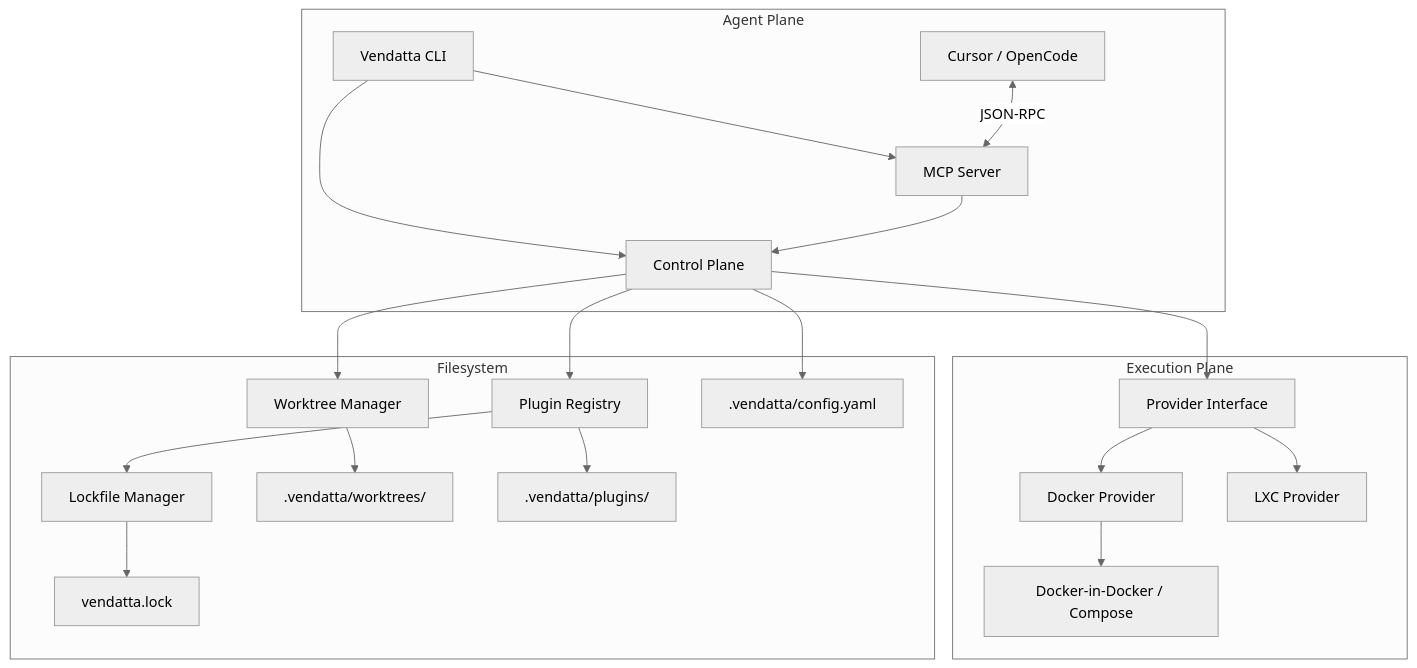
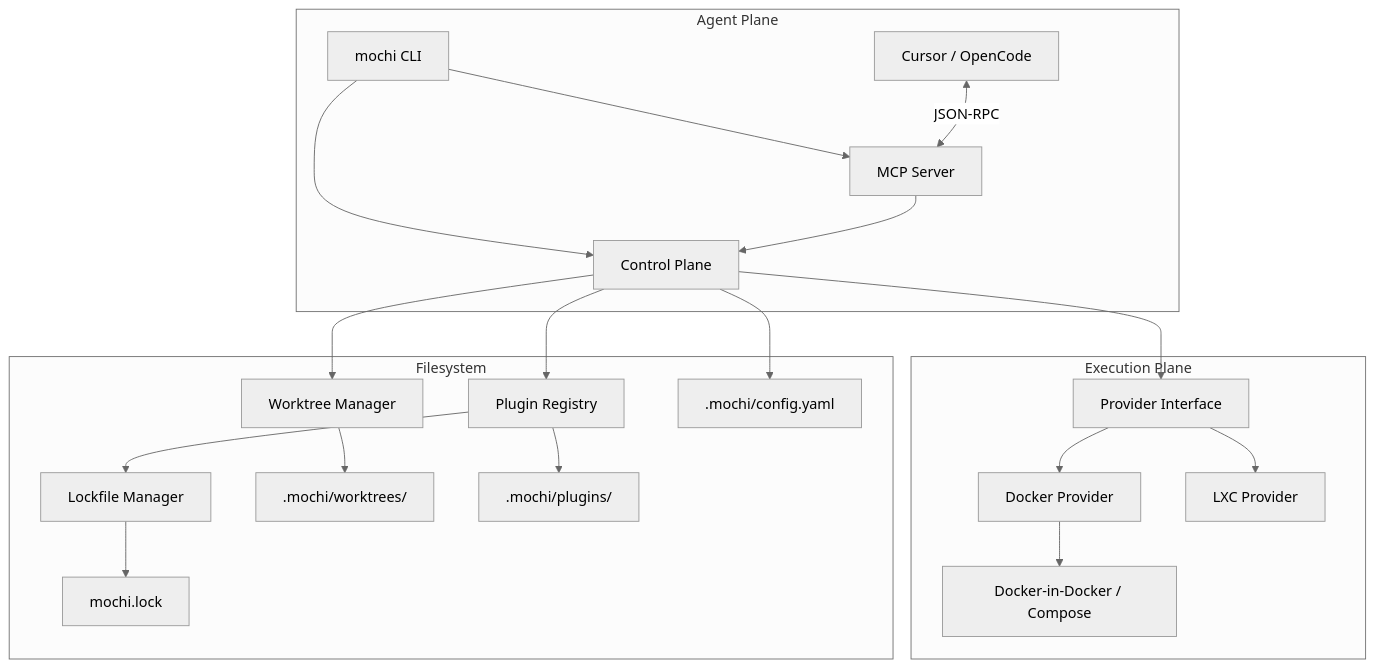
One commit to IniZio/vendatta changed the diagram in docs/spec/technical/architecture.md. Above: the diagram before and after it, drawn with Mermaid (neutral theme). The commit also changed other lines of this file and 150 other files, not shown here.

````diff
--- a/docs/spec/technical/architecture.md
+++ b/docs/spec/technical/architecture.md
@@ -8,27 +8,27 @@
 ```mermaid
 graph TD
-    CLI[Vendatta CLI] --> CP[Control Plane]
+    CLI[mochi CLI] --> CP[Control Plane]
     CP --> WM[Worktree Manager]
     CP --> P[Provider Interface]
     CP --> PR[Plugin Registry]
     PR --> LM[Lockfile Manager]
     
     subgraph "Execution Plane"
         P --> Docker[Docker Provider]
         P --> LXC[LXC Provider]
         Docker --> DinD[Docker-in-Docker / Compose]
     end
     
     subgraph "Agent Plane"
         CLI --> MCP[MCP Server]
         MCP --> CP
         UserAgent[Cursor / OpenCode] <-->|JSON-RPC| MCP
     end
 
     subgraph "Filesystem"
-        WM --> WT[.vendatta/worktrees/]
-        CP --> CFG[.vendatta/config.yaml]
-        PR --> PS[.vendatta/plugins/]
-        LM --> LF[vendatta.lock]
+        WM --> WT[.mochi/worktrees/]
+        CP --> CFG[.mochi/config.yaml]
+        PR --> PS[.mochi/plugins/]
+        LM --> LF[mochi.lock]
     end
 ```
````
